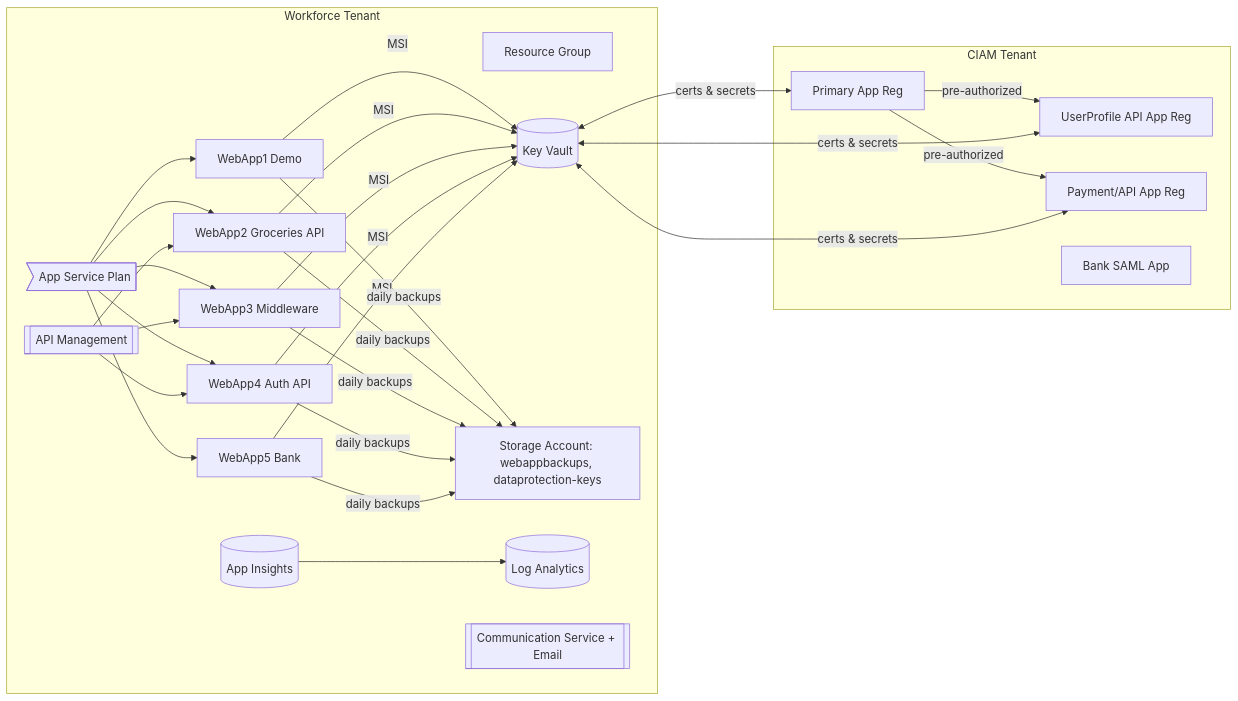
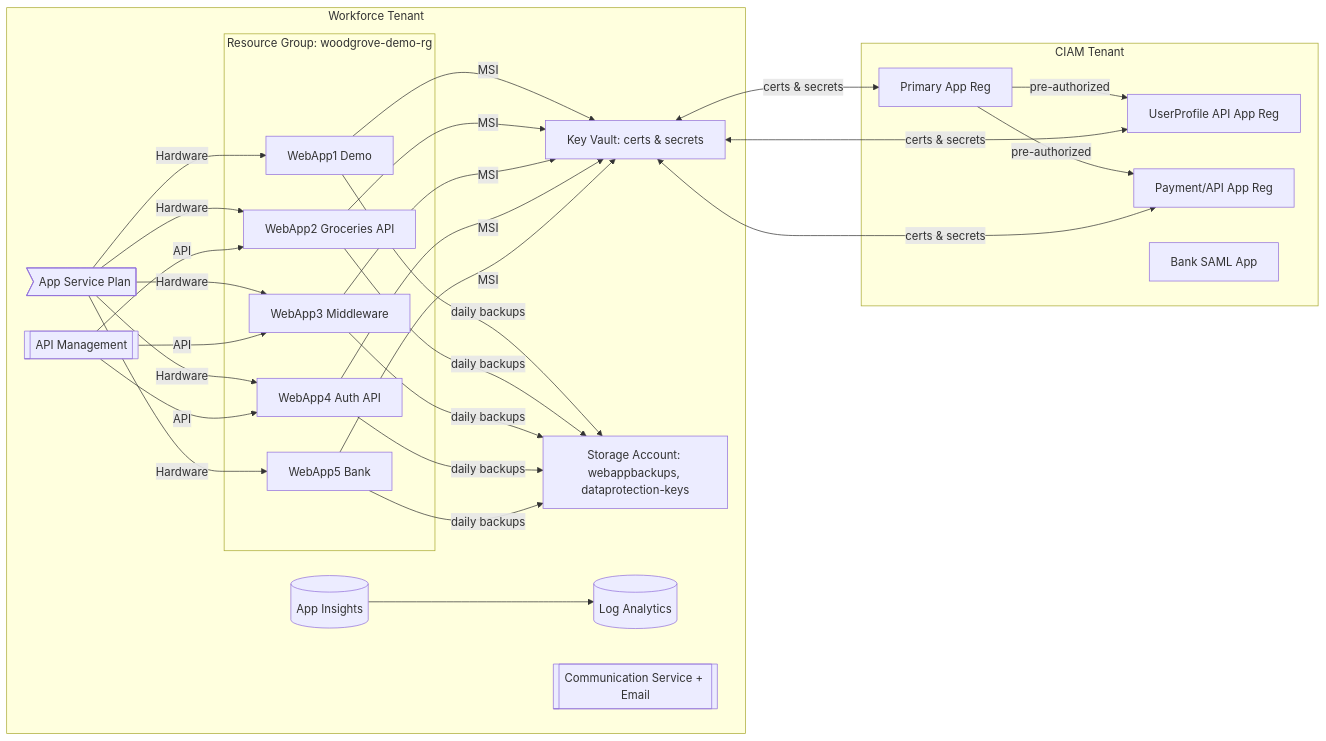
Before and after one commit to t79homasdw/woodgrove-infrastructure: the diagram in README.md, drawn with Mermaid.

Commit message:
Push Readme Update

````diff
--- a/README.md
+++ b/README.md
@@ -11,32 +11,33 @@
 ```mermaid
 flowchart LR
   subgraph CIAM Tenant
     AADP[Primary App Reg]
     AADU[UserProfile API App Reg]
     AADA[Payment/API App Reg]
     AADB[Bank SAML App]
   end
   subgraph Workforce Tenant
-    RG[Resource Group]
-    KV[(Key Vault)]
+    KV[Key Vault: certs & secrets]
     SA[Storage Account: webappbackups, dataprotection-keys]
     LAW[(Log Analytics)]
     AI[(App Insights)]
+    subgraph ResourceGroup [Resource Group: woodgrove-demo-rg]
+        W1[WebApp1 Demo]
+        W2[WebApp2 Groceries API]
+        W3[WebApp3 Middleware]
+        W4[WebApp4 Auth API]
+        W5[WebApp5 Bank]
+    end
     ASP>App Service Plan]
     APIM[[API Management]]
     ACS[[Communication Service + Email]]
-    W1[WebApp1 Demo]
-    W2[WebApp2 Groceries API]
-    W3[WebApp3 Middleware]
-    W4[WebApp4 Auth API]
-    W5[WebApp5 Bank]
   end
   AADP -->|pre-authorized| AADU
   AADP -->|pre-authorized| AADA
   KV <-->|certs & secrets| AADP & AADU & AADA
   W1 & W2 & W3 & W4 & W5 -->|MSI| KV
   W1 & W2 & W3 & W4 & W5 -->|daily backups| SA
   AI --> LAW
-  ASP --> W1 & W2 & W3 & W4 & W5
-  APIM --> W2 & W3 & W4 
+  ASP -->|Hardware| W1 & W2 & W3 & W4 & W5
+  APIM -->|API| W2 & W3 & W4 
 ```
````
